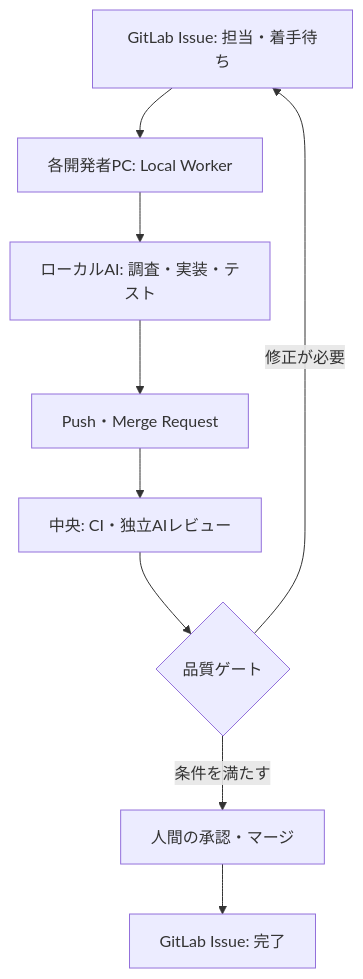
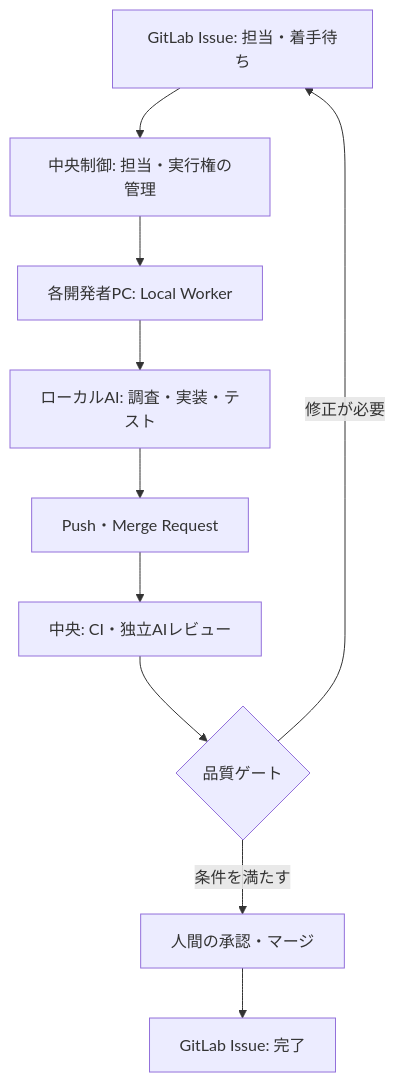
Before and after one commit to Umemura0212/zenn-content: the diagram in articles/distributed-ai-development-platform.md, drawn with Mermaid. The commit also changed other lines of this file, not shown here.

Commit message:
docs: compare local and central agents and clarify execution ownership

````diff
--- a/articles/distributed-ai-development-platform.md
+++ b/articles/distributed-ai-development-platform.md
@@ -19,12 +19,13 @@
 ```mermaid
 flowchart TD
     I[GitLab Issue: 担当・着手待ち]
-    I --> W[各開発者PC: Local Worker]
+    I --> O[中央制御: 担当・実行権の管理]
+    O --> W[各開発者PC: Local Worker]
     W --> A[ローカルAI: 調査・実装・テスト]
     A --> M[Push・Merge Request]
     M --> C[中央: CI・独立AIレビュー]
     C --> Q{品質ゲート}
     Q -->|修正が必要| I
     Q -->|条件を満たす| H[人間の承認・マージ]
     H --> D[GitLab Issue: 完了]
 ```
````
